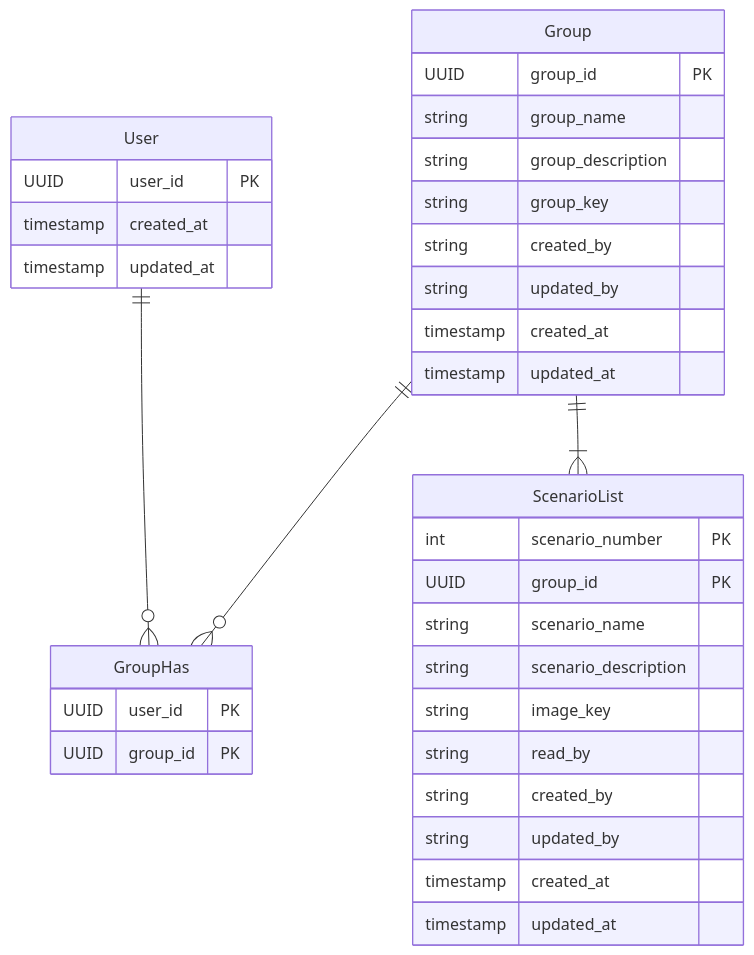
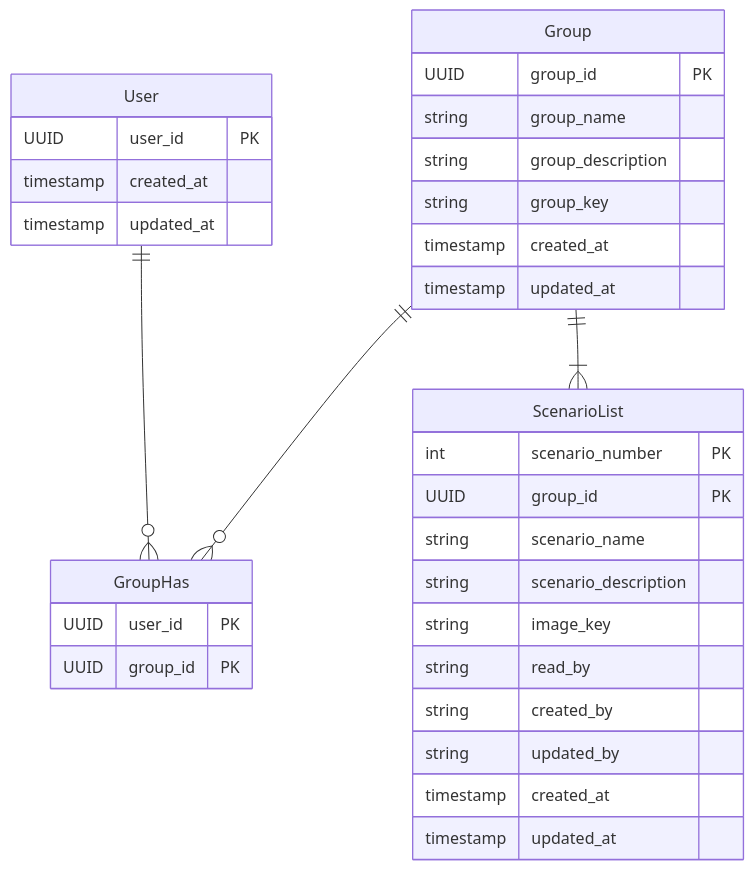
One commit to Keito654/trpg-manager changed the diagram in 仕様書/SS仕様書.md. Above: the diagram before and after it, drawn with Mermaid. The commit also changed 1 other file, not shown here.

Commit message:
追加

````diff
--- a/仕様書/SS仕様書.md
+++ b/仕様書/SS仕様書.md
@@ -19,37 +19,35 @@
 ```mermaid
 erDiagram
     User ||--o{ GroupHas : ""
     Group ||--o{ GroupHas : ""
     Group ||--|{ ScenarioList : ""
     User {
       UUID user_id PK
       timestamp created_at
       timestamp updated_at
     }
     Group {
       UUID group_id PK
       string group_name
       string group_description
       string group_key
-      string created_by
-      string updated_by
       timestamp created_at
       timestamp updated_at
     }
     GroupHas {
       UUID user_id PK
       UUID group_id PK
     }
     ScenarioList {
       int scenario_number PK
       UUID group_id PK
       string scenario_name
       string scenario_description
       string image_key
       string read_by
       string created_by
       string updated_by
       timestamp created_at
       timestamp updated_at
     }
 ```
````
